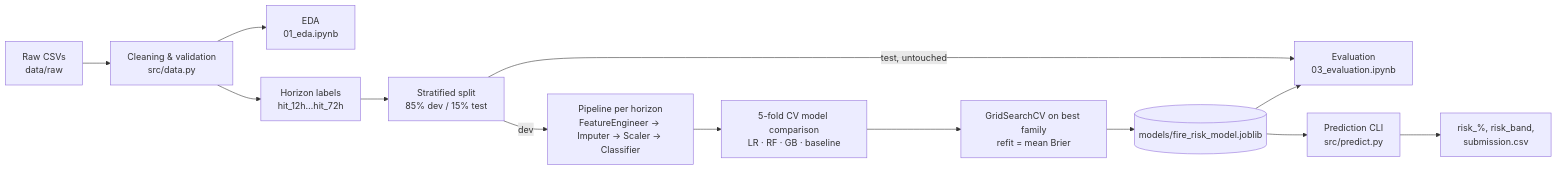
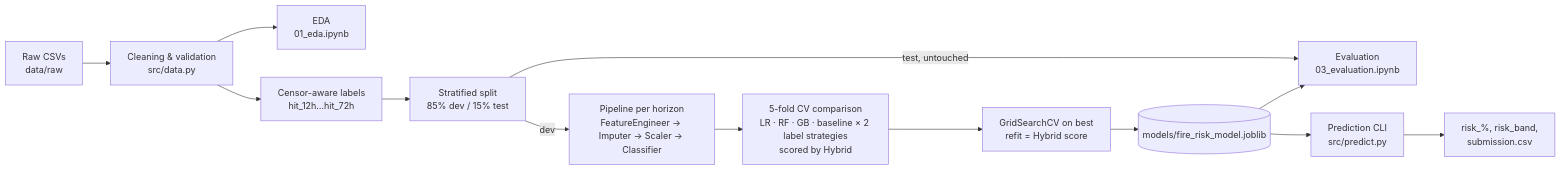
Before and after one commit to Re7absu/wildfire-evacuation-risk: the diagram in README.md, drawn with Mermaid. The commit also changed other lines of this file and 25 other files, not shown here.

First line of the commit message:
Align with competition metric: censor-aware labels, Hybrid score, 48h headline

````diff
--- a/README.md
+++ b/README.md
@@ -97,15 +125,15 @@
 ```mermaid
 flowchart LR
     A[Raw CSVs<br/>data/raw] --> B[Cleaning & validation<br/>src/data.py]
     B --> C[EDA<br/>01_eda.ipynb]
-    B --> D[Horizon labels<br/>hit_12h…hit_72h]
+    B --> D[Censor-aware labels<br/>hit_12h…hit_72h]
     D --> E[Stratified split<br/>85% dev / 15% test]
     E -->|dev| F[Pipeline per horizon<br/>FeatureEngineer → Imputer → Scaler → Classifier]
-    F --> G[5-fold CV model comparison<br/>LR · RF · GB · baseline]
-    G --> H[GridSearchCV on best family<br/>refit = mean Brier]
+    F --> G[5-fold CV comparison<br/>LR · RF · GB · baseline × 2 label strategies<br/>scored by Hybrid]
+    G --> H[GridSearchCV on best<br/>refit = Hybrid score]
     H --> I[(models/fire_risk_model.joblib)]
     E -->|test, untouched| J[Evaluation<br/>03_evaluation.ipynb]
     I --> J
     I --> K[Prediction CLI<br/>src/predict.py]
     K --> L[risk_%, risk_band,<br/>submission.csv]
 ```
````
